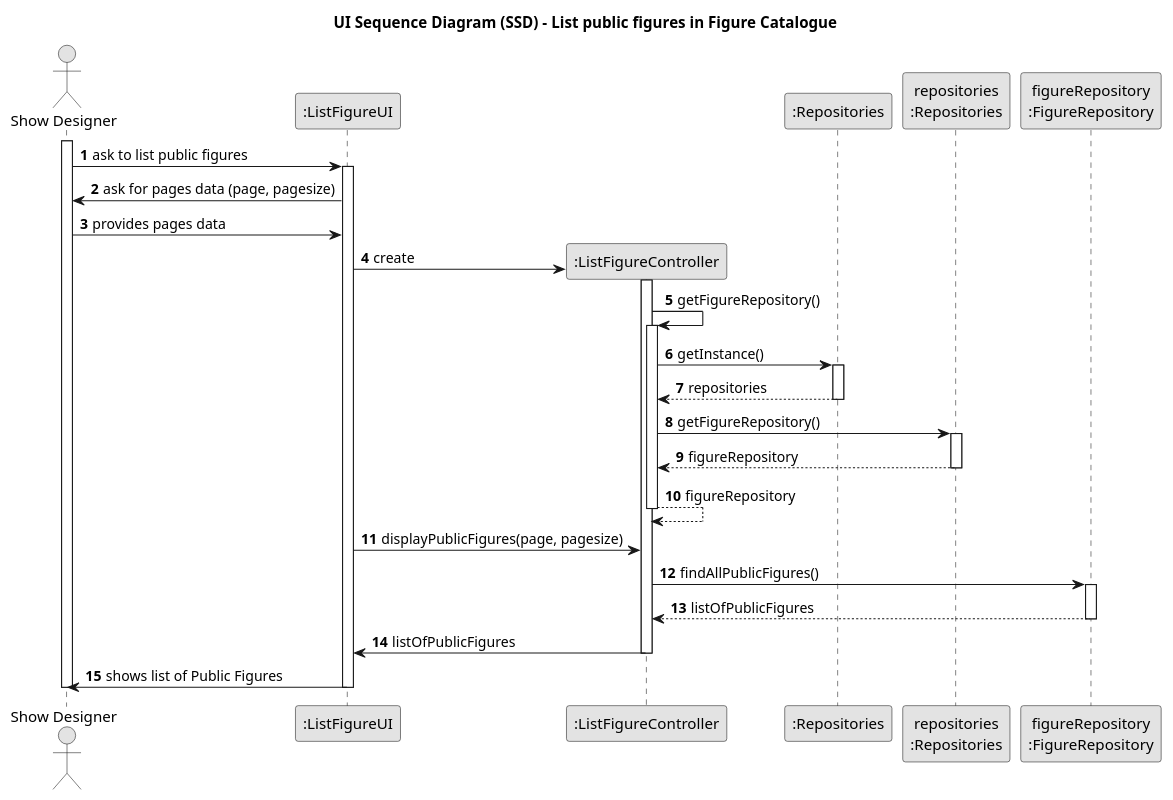
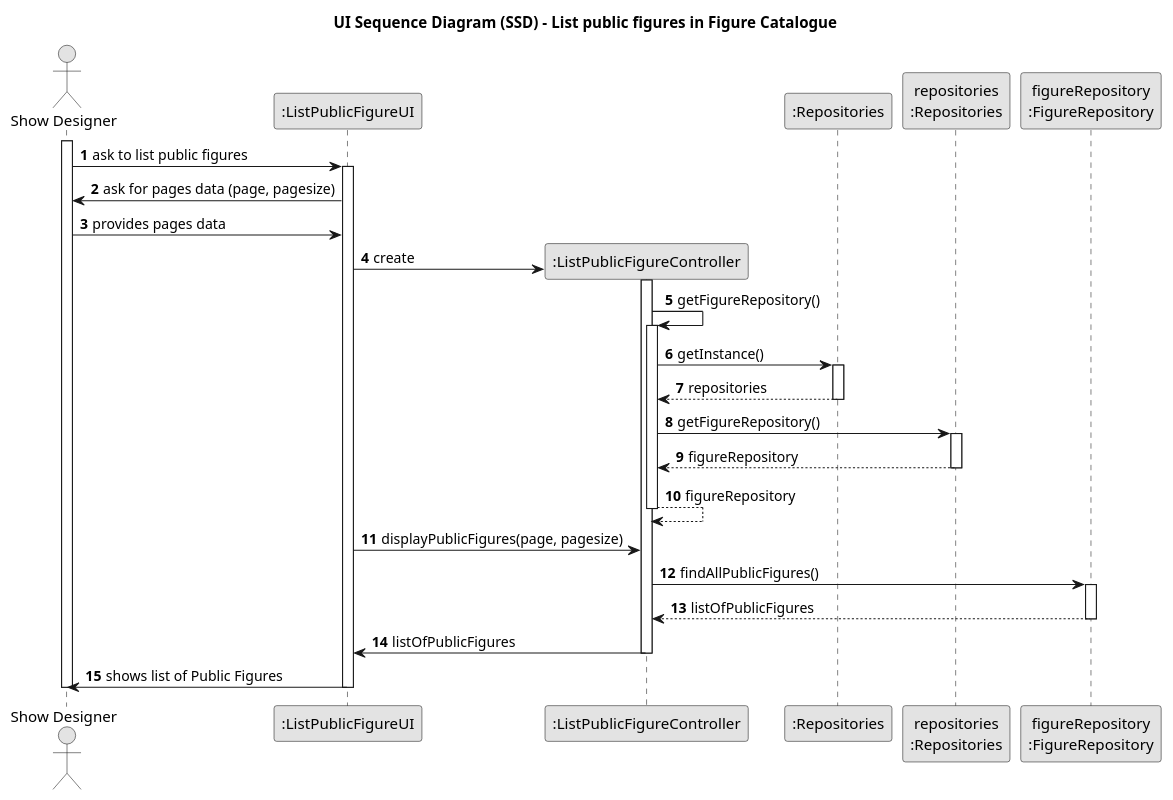
The diagram in docs/planning/sprint2/EAPLI/US231 - List public figures in Figure catalogue/03.design/puml/us231-sequence-diagram-full.puml (SAEmanuel/Shodrone_ISEP), drawn with PlantUML before and after one commit. The commit also changed 4 other files, not shown here.

First line of the commit message:
US231 - add ListPublicFiguresUI, add ListPublicFiguresController and update RepositoryProvider Related to: #1 #46 #69

```diff
--- a/docs/planning/sprint2/EAPLI/US231 - List public figures in Figure catalogue/03.design/puml/us231-sequence-diagram-full.puml
+++ b/docs/planning/sprint2/EAPLI/US231 - List public figures in Figure catalogue/03.design/puml/us231-sequence-diagram-full.puml
@@ -1,62 +1,62 @@
 @startuml
 skinparam monochrome true
 skinparam packageStyle rectangle
 skinparam shadowing false
 
 title UI Sequence Diagram (SSD) - List public figures in Figure Catalogue
 
 autonumber
 
 actor "Show Designer" as showDesigner
-participant ":ListFigureUI" as UI
-participant ":ListFigureController" as CTRL
+participant ":ListPublicFigureUI" as UI
+participant ":ListPublicFigureController" as CTRL
 participant ":Repositories" as RepositorySingleton
 participant "repositories\n:Repositories" as PLAT
 participant "figureRepository\n:FigureRepository" as catRepo
 
 activate showDesigner
 
     showDesigner -> UI : ask to list public figures
     activate UI
 
     UI -> showDesigner : ask for pages data (page, pagesize)
     showDesigner -> UI : provides pages data
 
     UI -> CTRL** : create
 
     activate CTRL
 
         CTRL -> CTRL : getFigureRepository()
         activate CTRL
 
             CTRL -> RepositorySingleton : getInstance()
             activate RepositorySingleton
 
                 RepositorySingleton --> CTRL: repositories
             deactivate RepositorySingleton
 
             CTRL -> PLAT : getFigureRepository()
             activate PLAT
 
                 PLAT --> CTRL: figureRepository
             deactivate PLAT
             CTRL --> CTRL : figureRepository
 
         deactivate CTRL
 
         UI -> CTRL: displayPublicFigures(page, pagesize)
                 CTRL -> catRepo: findAllPublicFigures()
                 activate catRepo
 
                     catRepo --> CTRL: listOfPublicFigures
                 deactivate catRepo
                 CTRL -> UI: listOfPublicFigures
 
             deactivate CTRL
 
             UI -> showDesigner : shows list of Public Figures
 
 deactivate UI
 deactivate showDesigner
 
 @enduml
```
